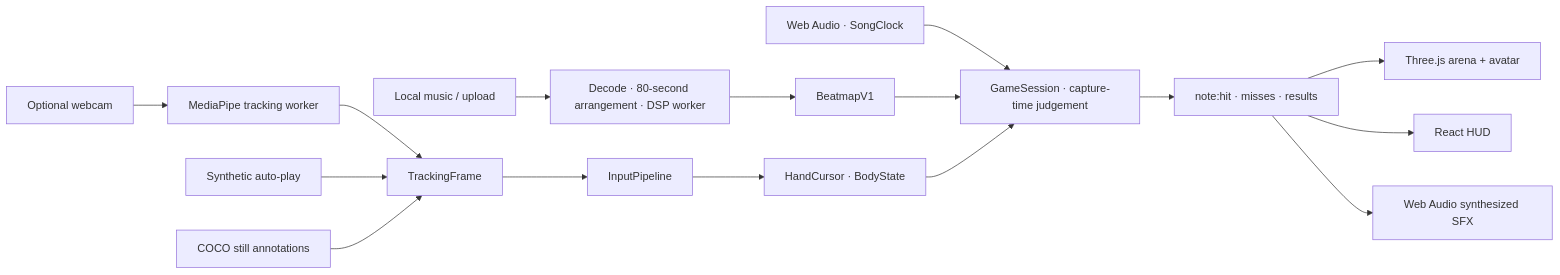
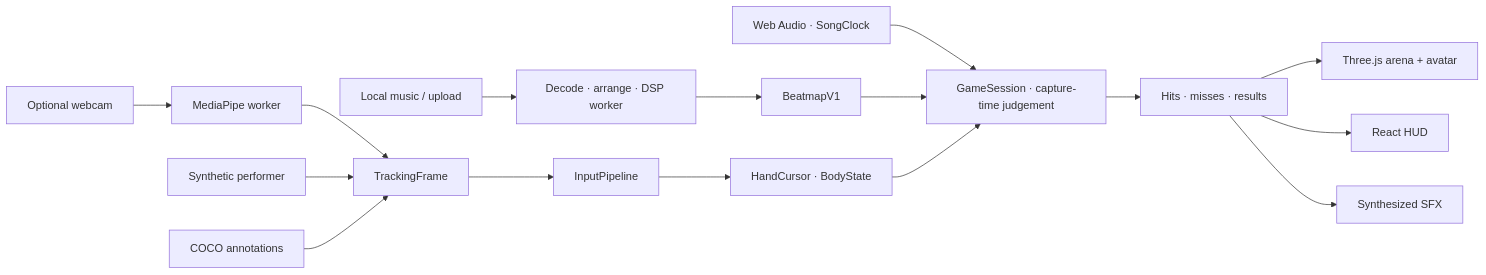
Before and after one commit to JunaidAhamed-7777/sign-saber: the diagram in README.md, drawn with Mermaid. The commit also changed other lines of this file and 21 other files, not shown here.

````diff
--- a/README.md
+++ b/README.md
@@ -162,18 +142,18 @@
 ```mermaid
 flowchart LR
-  Music["Local music / upload"] --> DSP["Decode · 80-second arrangement · DSP worker"]
+  Music["Local music / upload"] --> DSP["Decode · arrange · DSP worker"]
   DSP --> Map["BeatmapV1"]
   Clock["Web Audio · SongClock"] --> Game["GameSession · capture-time judgement"]
   Map --> Game
-  Camera["Optional webcam"] --> MP["MediaPipe tracking worker"]
+  Camera["Optional webcam"] --> MP["MediaPipe worker"]
   MP --> Frame["TrackingFrame"]
-  Auto["Synthetic auto-play"] --> Frame
-  Dataset["COCO still annotations"] --> Frame
+  Auto["Synthetic performer"] --> Frame
+  Dataset["COCO annotations"] --> Frame
   Frame --> Pipeline["InputPipeline"]
   Pipeline --> Hands["HandCursor · BodyState"]
   Hands --> Game
-  Game --> Events["note:hit · misses · results"]
+  Game --> Events["Hits · misses · results"]
   Events --> Render["Three.js arena + avatar"]
   Events --> UI["React HUD"]
-  Events --> SFX["Web Audio synthesized SFX"]
+  Events --> SFX["Synthesized SFX"]
 ```
````
